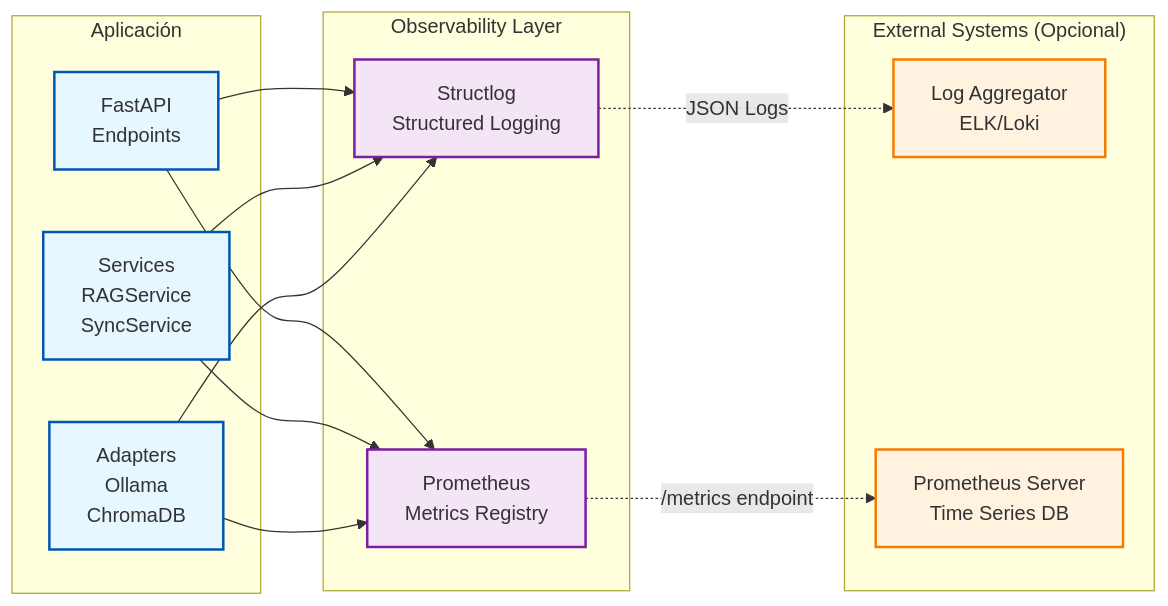
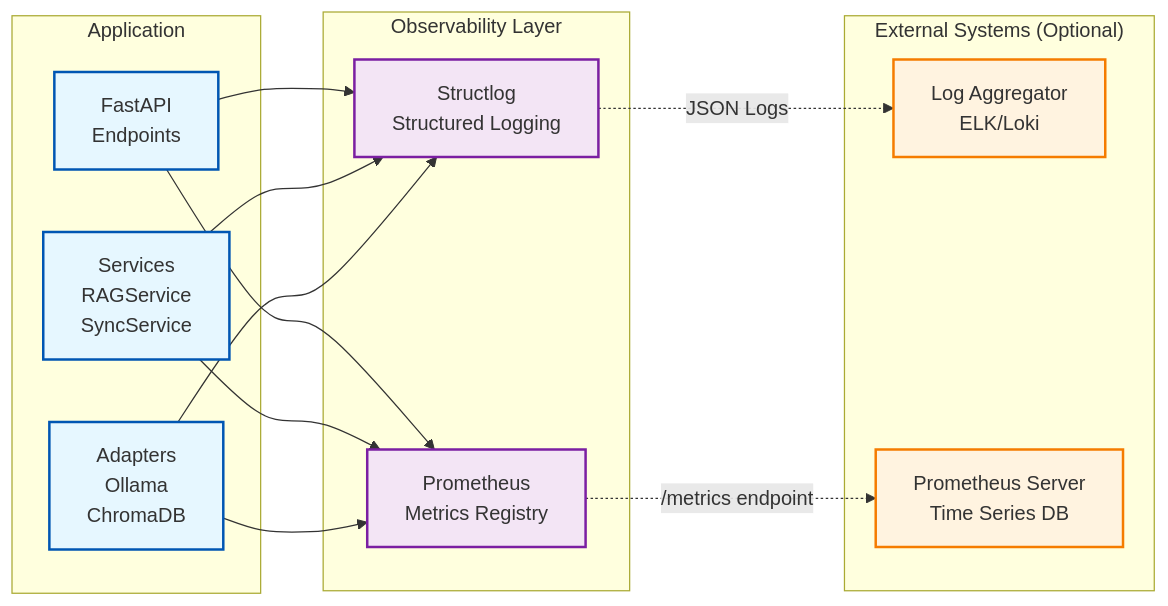
The fifth of 5 diagrams in README.md (mrodespin/aibrarian), drawn with Mermaid before and after one commit. The commit also changed other lines of this file, not shown here.

````diff
--- a/README.md
+++ b/README.md
@@ -321,45 +320,45 @@
 ```mermaid
 graph LR
-    %% --- Definiciones de Estilo ---
+    %% --- Style Definitions ---
     classDef app fill:#e6f7ff,stroke:#0056b3,stroke-width:2px;
     classDef obs fill:#f3e5f5,stroke:#7b1fa2,stroke-width:2px;
     classDef external fill:#fff3e0,stroke:#f57c00,stroke-width:2px;
 
-    %% --- Aplicación ---
-    subgraph "Aplicación"
+    %% --- Application ---
+    subgraph "Application"
         API["FastAPI<br>Endpoints"]
         Services["Services<br>RAGService<br>SyncService"]
         Adapters["Adapters<br>Ollama<br>ChromaDB"]
     end
 
-    %% --- Capa de Observabilidad ---
+    %% --- Observability Layer ---
     subgraph "Observability Layer"
         Logger["Structlog<br>Structured Logging"]
         Metrics["Prometheus<br>Metrics Registry"]
     end
 
-    %% --- Sistemas Externos ---
-    subgraph "External Systems (Opcional)"
+    %% --- External Systems ---
+    subgraph "External Systems (Optional)"
         LogAgg["Log Aggregator<br>ELK/Loki"]
         MetricsDB["Prometheus Server<br>Time Series DB"]
     end
 
-    %% --- Flujo de Observabilidad ---
+    %% --- Observability Flow ---
     API --> Logger
     API --> Metrics
 
     Services --> Logger
     Services --> Metrics
 
     Adapters --> Logger
     Adapters --> Metrics
 
-    %% --- Exportación ---
+    %% --- Export ---
     Logger -.->|JSON Logs| LogAgg
     Metrics -.->|/metrics endpoint| MetricsDB
 
-    %% --- Asignación de Clases ---
+    %% --- Class Assignment ---
     class API,Services,Adapters app
     class Logger,Metrics obs
     class LogAgg,MetricsDB external
 ```
````
